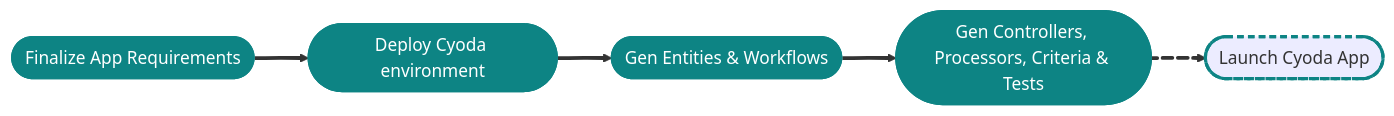
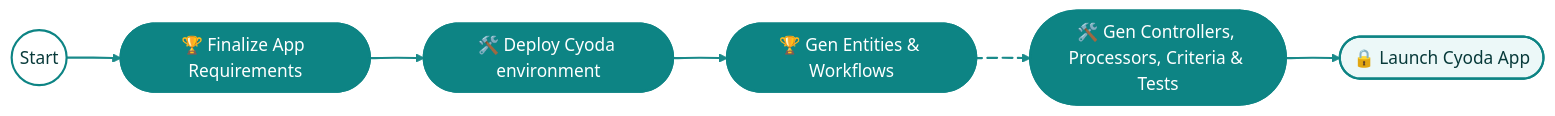
One commit to Cyoda-platform/ai-assistant changed the diagram in workflow_configs/messages/notify_project_compiled_f5g6/message.md. Above: the diagram before and after it, drawn with Mermaid. The commit also changed other lines of this file and 24 other files, not shown here.

````diff
--- a/workflow_configs/messages/notify_project_compiled_f5g6/message.md
+++ b/workflow_configs/messages/notify_project_compiled_f5g6/message.md
@@ -4,14 +4,22 @@
 ```mermaid
+%%{init: {'theme':'base','themeVariables':{
+  'primaryColor':'#ECF8F8','primaryTextColor':'#083A3A','primaryBorderColor':'#0D8484',
+  'lineColor':'#0D8484','fontFamily':'Inter, Arial, sans-serif','edgeLabelBackground':'#FFFFFF'
+}}}%%
 graph LR
-    A([Finalize App Requirements]):::done e1@
-    ==> B([Deploy Cyoda environment]):::done e2@
-    ==> C([Gen Entities & Workflows]):::done e3@
-    ==> D([Gen Controllers, Processors, Criteria & Tests]):::done e4@
-    ==> E([Launch Cyoda App]):::next
+    S((Start)):::start ==> A([🏆 Finalize App Requirements]):::done
+    A e1@ ==> B([🛠️ Deploy Cyoda environment]):::done
+    B e2@ ==> C([🏆 Gen Entities & Workflows]):::done
+    C e3@ ==> D([🛠️ Gen Controllers, Processors, Criteria & Tests]):::done
+    D e4@ ==> E([🔒 Launch Cyoda App]):::bar
 
-    e4@{ animate: true }
+    %% animate handoff to next step (D)
+    e3@{ animate: true }
 
-    classDef bar stroke:#0D8484
-    classDef done fill:#0D8484,stroke:#0D8484,color:#fff
-    classDef next stroke:#0D8484,stroke-width:3px,stroke-dasharray:6 4
+    classDef start fill:#FFFFFF,stroke:#0D8484,stroke-width:2px,color:#083A3A
+    classDef bar   fill:#ECF8F8,stroke:#0D8484,stroke-width:2px,rx:12,ry:12,color:#083A3A
+    classDef done  fill:#0D8484,stroke:#0D8484,stroke-width:2px,rx:12,ry:12,color:#FFFFFF
+    classDef next  fill:#FFFFFF,stroke:#0D8484,stroke-width:3px,stroke-dasharray:6 4,rx:12,ry:12,color:#083A3A
+    linkStyle default stroke:#0D8484,stroke-width:2px,opacity:0.95
+
 ```
````
